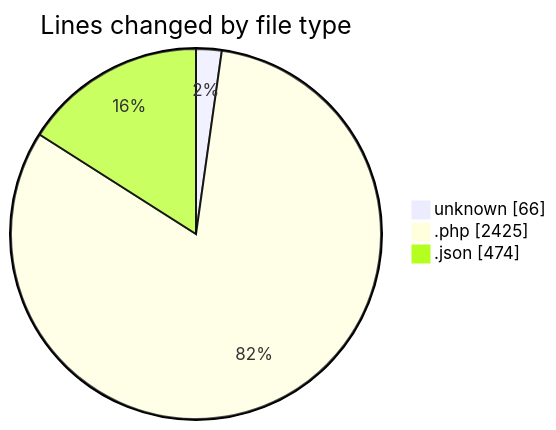
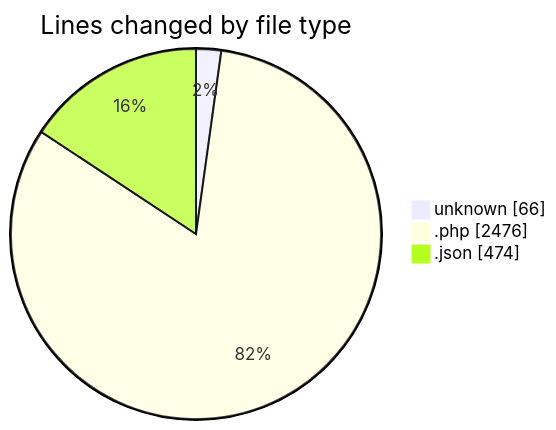
One commit to idhammustaqopulfikri/code-tracking changed the first of 2 diagrams in 2025-05-27/studio-backend/README.md. Above: the diagram before and after it, drawn with Mermaid. The commit also changed other lines of this file and 1 other file, not shown here.

````diff
--- a/2025-05-27/studio-backend/README.md
+++ b/2025-05-27/studio-backend/README.md
@@ -54,7 +54,7 @@
 ```mermaid
 pie showData
 title Lines changed by file type
 "unknown" : 66
-".php" : 2425
+".php" : 2476
 ".json" : 474
 ```
````
